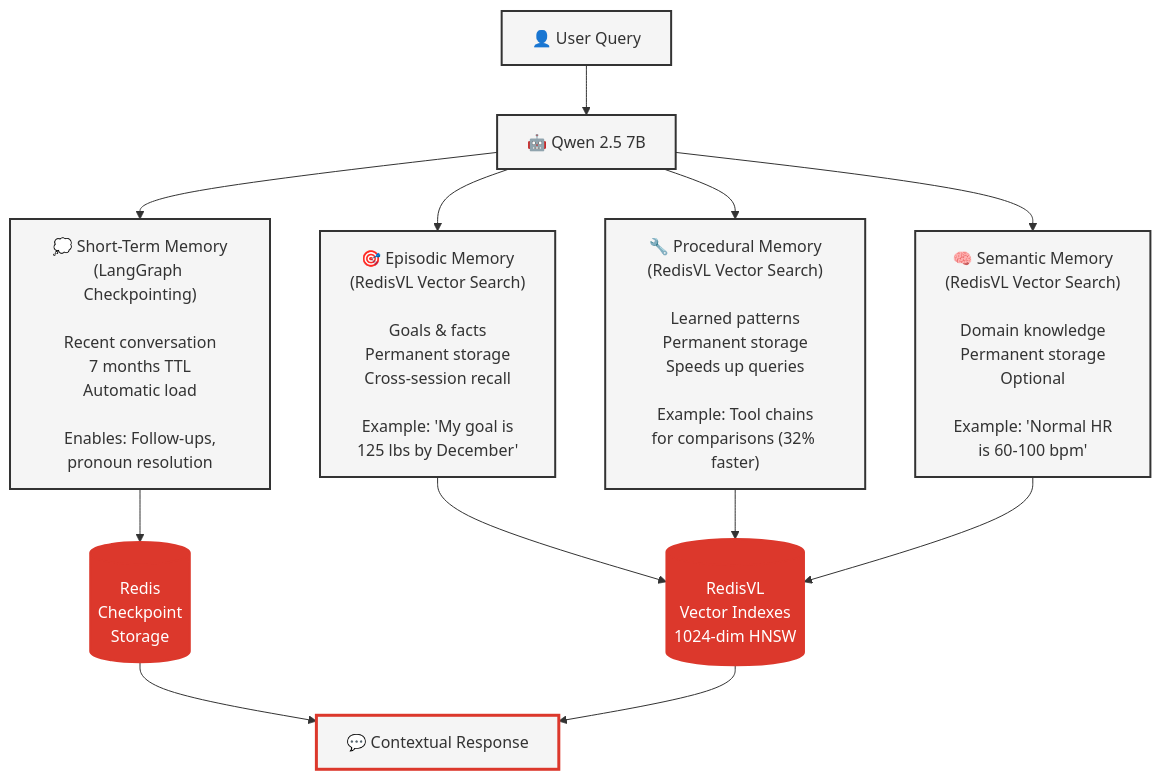
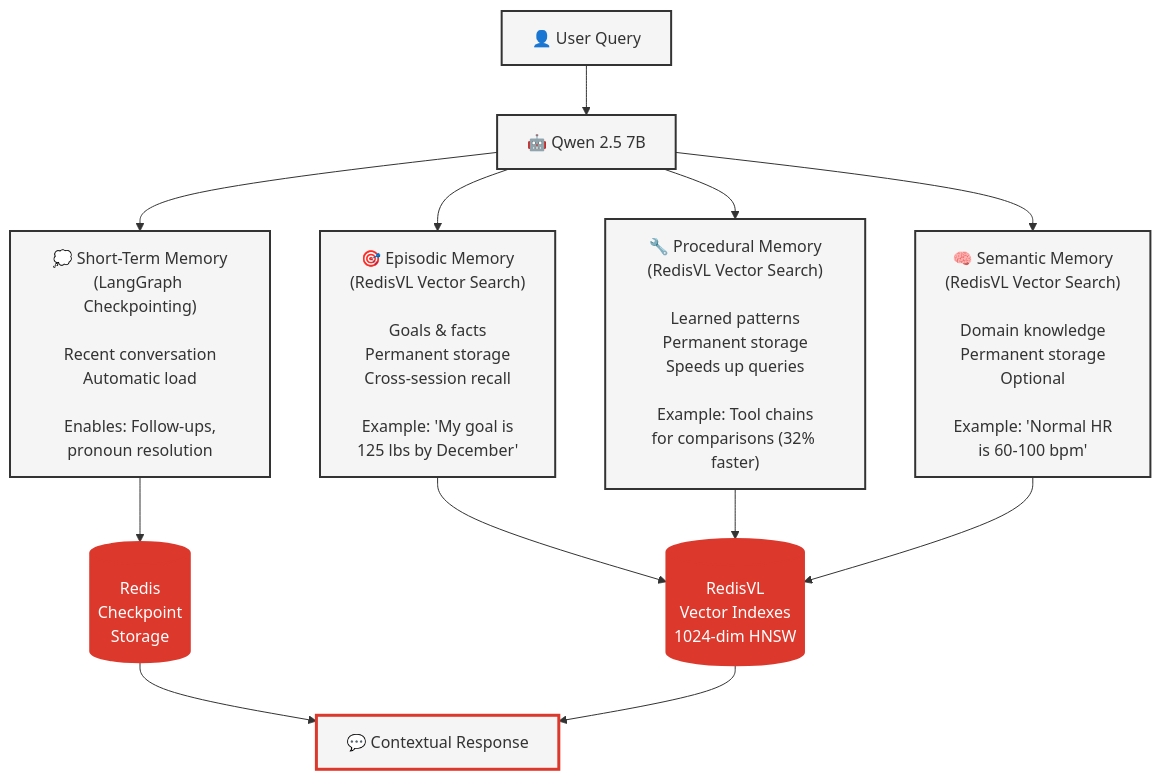
One commit to AllieRays/redis-wellness changed the diagram in docs/10_MEMORY_ARCHITECTURE.md. Above: the diagram before and after it, drawn with Mermaid. The commit also changed other lines of this file and 4 other files, not shown here.

````diff
--- a/docs/10_MEMORY_ARCHITECTURE.md
+++ b/docs/10_MEMORY_ARCHITECTURE.md
@@ -21,27 +23,27 @@
 ```mermaid
 flowchart TD
     User[👤 User Query] --> Agent[🤖 Qwen 2.5 7B]
 
-    Agent --> STM["💭 Short-Term Memory<br/>(LangGraph Checkpointing)<br/><br/>Recent conversation<br/>7 months TTL<br/>Automatic load<br/><br/>Enables: Follow-ups,<br/>pronoun resolution"]
+    Agent --> STM["💭 Short-Term Memory<br/>(LangGraph Checkpointing)<br/><br/>Recent conversation<br/>Automatic load<br/><br/>Enables: Follow-ups,<br/>pronoun resolution"]
     Agent --> EM["🎯 Episodic Memory<br/>(RedisVL Vector Search)<br/><br/>Goals & facts<br/>Permanent storage<br/>Cross-session recall<br/><br/>Example: 'My goal is<br/>125 lbs by December'"]
     Agent --> PM["🔧 Procedural Memory<br/>(RedisVL Vector Search)<br/><br/>Learned patterns<br/>Permanent storage<br/>Speeds up queries<br/><br/>Example: Tool chains<br/>for comparisons (32% faster)"]
     Agent --> SM["🧠 Semantic Memory<br/>(RedisVL Vector Search)<br/><br/>Domain knowledge<br/>Permanent storage<br/>Optional<br/><br/>Example: 'Normal HR<br/>is 60-100 bpm'"]
 
     STM --> Redis[(Redis<br/>Checkpoint<br/>Storage)]
     EM --> RedisVL[(RedisVL<br/>Vector Indexes<br/>1024-dim HNSW)]
     PM --> RedisVL
     SM --> RedisVL
 
     Redis --> Response[💬 Contextual Response]
     RedisVL --> Response
 
     style User fill:#f5f5f5,stroke:#333,stroke-width:2px
     style Agent fill:#f5f5f5,stroke:#333,stroke-width:2px
     style STM fill:#f5f5f5,stroke:#333,stroke-width:2px
     style EM fill:#f5f5f5,stroke:#333,stroke-width:2px
     style PM fill:#f5f5f5,stroke:#333,stroke-width:2px
     style SM fill:#f5f5f5,stroke:#333,stroke-width:2px
     style Redis fill:#DC382C,stroke:#DC382C,stroke-width:2px,color:#fff
     style RedisVL fill:#DC382C,stroke:#DC382C,stroke-width:2px,color:#fff
     style Response fill:#f5f5f5,stroke:#DC382C,stroke-width:3px
 ```
````
